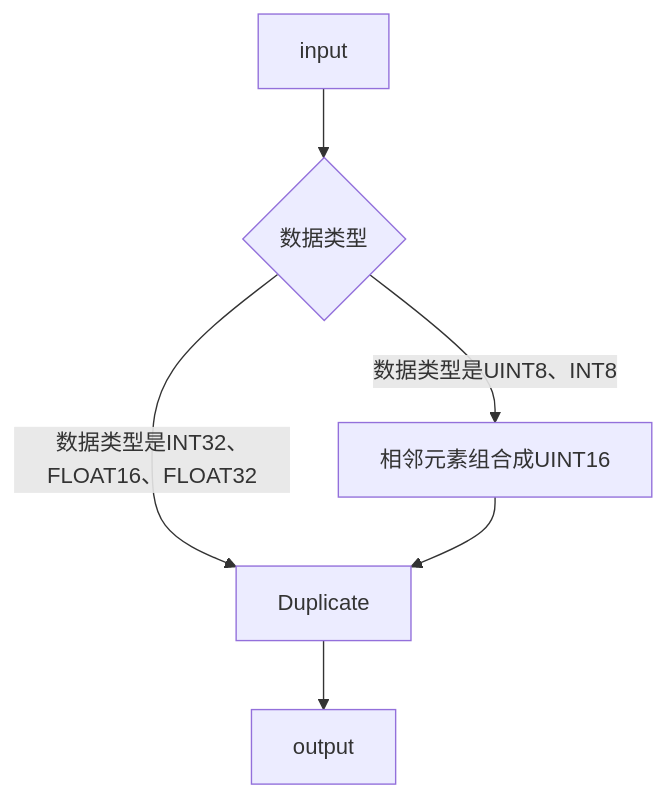
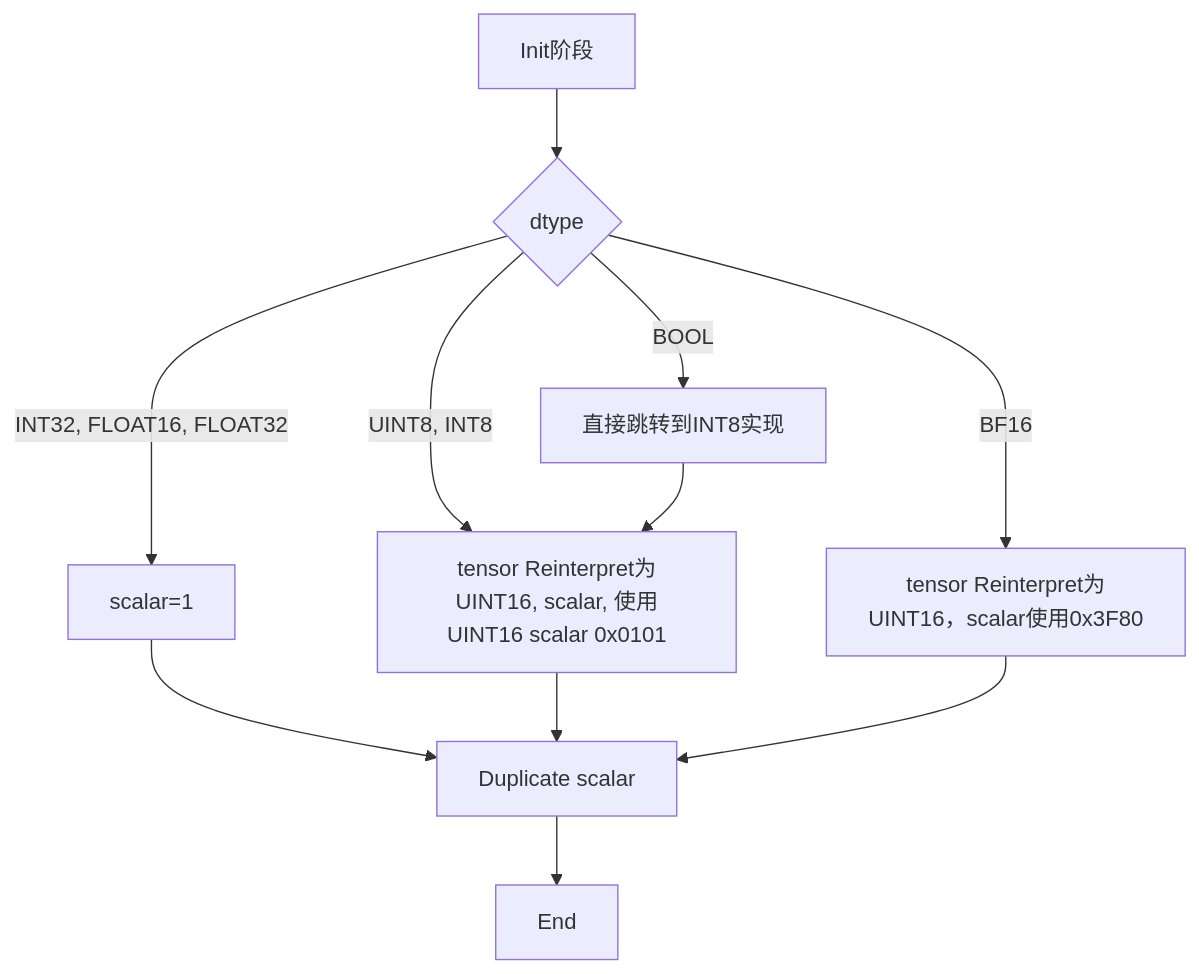
One commit to IceT5/math changed the second of 2 diagrams in experimental/math/ones_like/docs/aclnnOnesLike.md. Above: the diagram before and after it, drawn with Mermaid. The commit also changed other lines of this file, not shown here.

````diff
--- a/experimental/math/ones_like/docs/aclnnOnesLike.md
+++ b/experimental/math/ones_like/docs/aclnnOnesLike.md
@@ -85,8 +138,15 @@
 ```mermaid
 graph TD
-A[input] --> B{数据类型}
-    B --> |数据类型是INT32、FLOAT16、FLOAT32| E[Duplicate]
-    B --> |数据类型是UINT8、INT8| D[相邻元素组合成UINT16]
-    D --> E[Duplicate]
-    E --> F[output]
+   A[Init阶段] --> B{dtype}
+   B -->|INT32, FLOAT16, FLOAT32| C1[scalar=1]
+   B -->|UINT8, INT8| C4[tensor Reinterpret为UINT16, scalar, 使用UINT16 scalar 0x0101]
+   B -->|BOOL| H[直接跳转到INT8实现]
+   B -->|BF16| C7[tensor Reinterpret为UINT16，scalar使用0x3F80]
+
+   H --> C4
+   C1 --> D[Duplicate scalar]
+   C4 --> D
+   C7 --> D
+
+   D --> E[End]
 ```
````
